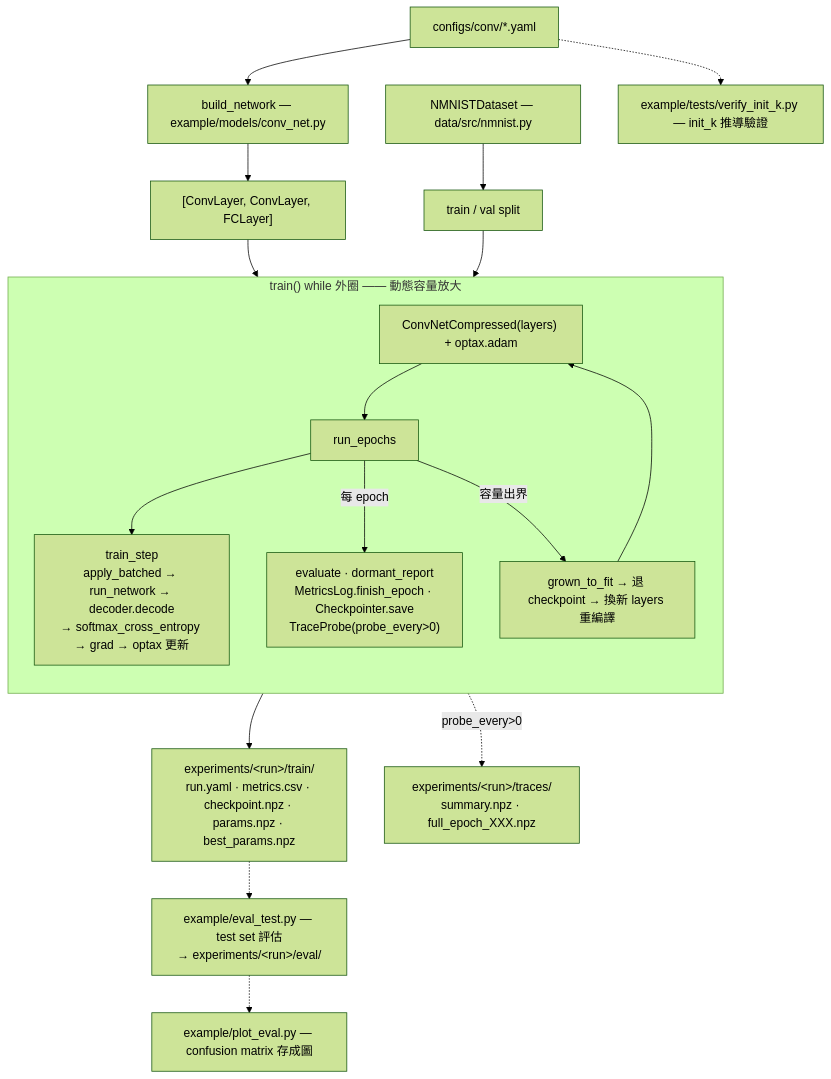
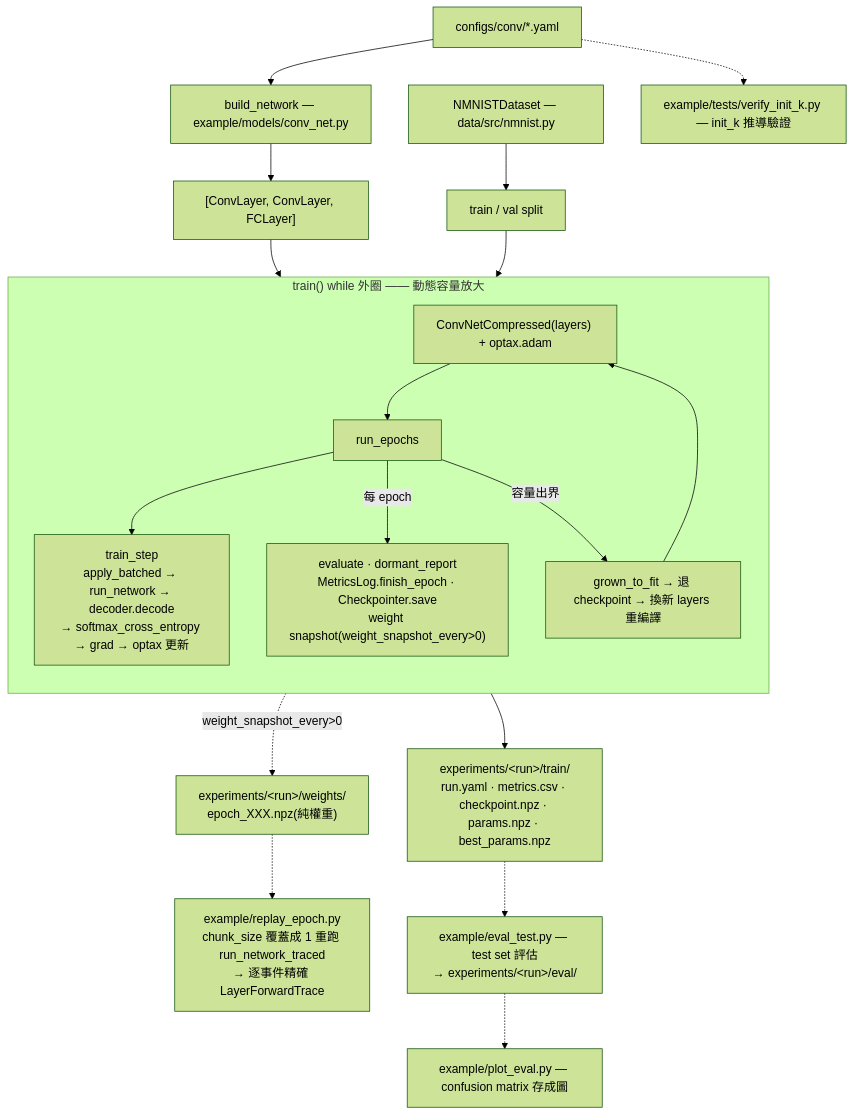
Before and after one commit to Salt-Shio/Spiking-Affine-Lazy-Training: the second of 2 diagrams in docs/架構.md, drawn with Mermaid (forest theme). The commit also changed other lines of this file and 21 other files, not shown here.

Commit message:
發現之前設計的 trace 根本多餘, 而且真的要用也不好用, 真的要分析就存權重後續用現成的 forward 去分析狀況

````diff
--- a/docs/架構.md
+++ b/docs/架構.md
@@ -86,23 +86,24 @@
 ```mermaid
 flowchart TD
     CFG["configs/conv/*.yaml"] --> BN["build_network — example/models/conv_net.py"]
     BN --> LAYERS["[ConvLayer, ConvLayer, FCLayer]"]
     DS["NMNISTDataset — data/src/nmnist.py"] --> SPLIT["train / val split"]
 
     LAYERS --> WHILE
     SPLIT --> WHILE
     subgraph WHILE["train() while 外圈 —— 動態容量放大"]
         direction TB
         NET["ConvNetCompressed(layers) + optax.adam"] --> RE["run_epochs"]
         RE --> TS["train_step<br/>apply_batched → run_network → decoder.decode<br/>→ softmax_cross_entropy → grad → optax 更新"]
-        RE -->|"每 epoch"| PE["evaluate · dormant_report<br/>MetricsLog.finish_epoch · Checkpointer.save<br/>TraceProbe(probe_every>0)"]
+        RE -->|"每 epoch"| PE["evaluate · dormant_report<br/>MetricsLog.finish_epoch · Checkpointer.save<br/>weight snapshot(weight_snapshot_every>0)"]
         RE -->|"容量出界"| GROW["grown_to_fit → 退 checkpoint → 換新 layers 重編譯"]
         GROW --> NET
     end
     WHILE --> OUT["experiments/&lt;run&gt;/train/<br/>run.yaml · metrics.csv · checkpoint.npz · params.npz · best_params.npz"]
-    WHILE -.->|"probe_every>0"| TRACEOUT["experiments/&lt;run&gt;/traces/<br/>summary.npz · full_epoch_XXX.npz"]
+    WHILE -.->|"weight_snapshot_every>0"| WOUT["experiments/&lt;run&gt;/weights/<br/>epoch_XXX.npz(純權重)"]
+    WOUT -.-> REPLAY["example/replay_epoch.py<br/>chunk_size 覆蓋成 1 重跑 run_network_traced<br/>→ 逐事件精確 LayerForwardTrace"]
 
     OUT -.-> EVAL["example/eval_test.py — test set 評估<br/>→ experiments/&lt;run&gt;/eval/"]
     EVAL -.-> PLOT["example/plot_eval.py — confusion matrix 存成圖"]
     CFG -.-> VER["example/tests/verify_init_k.py — init_k 推導驗證"]
 ```
````
